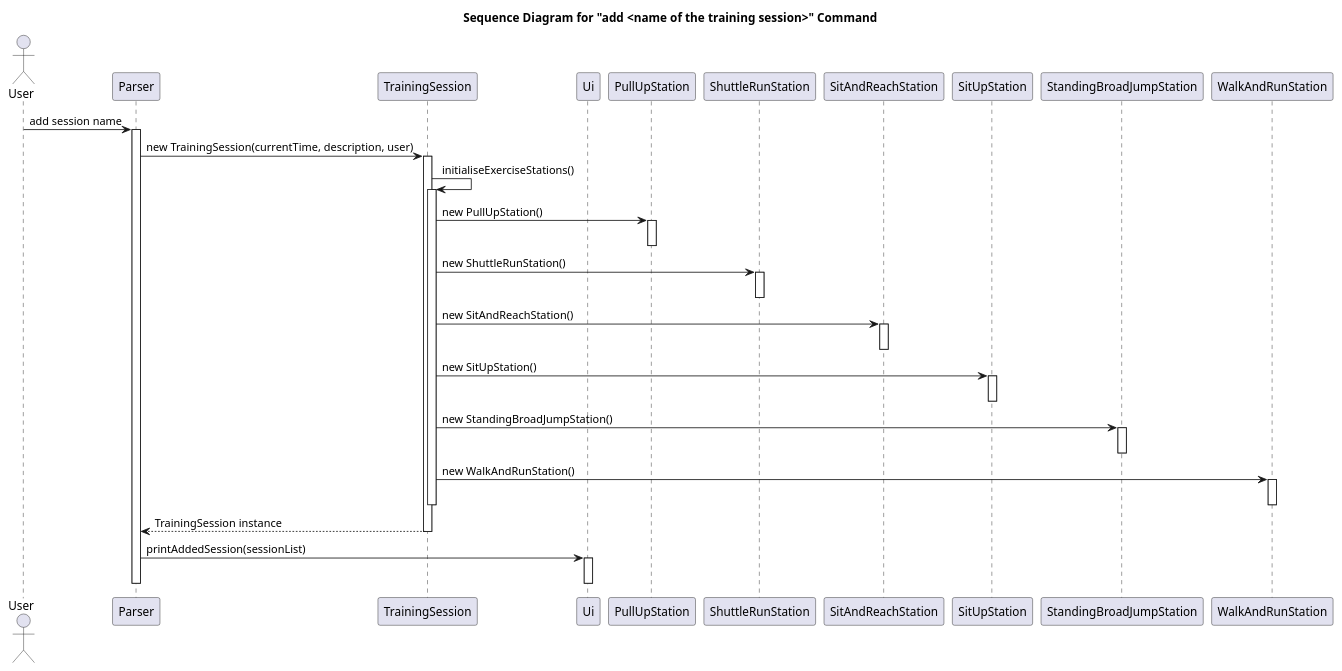
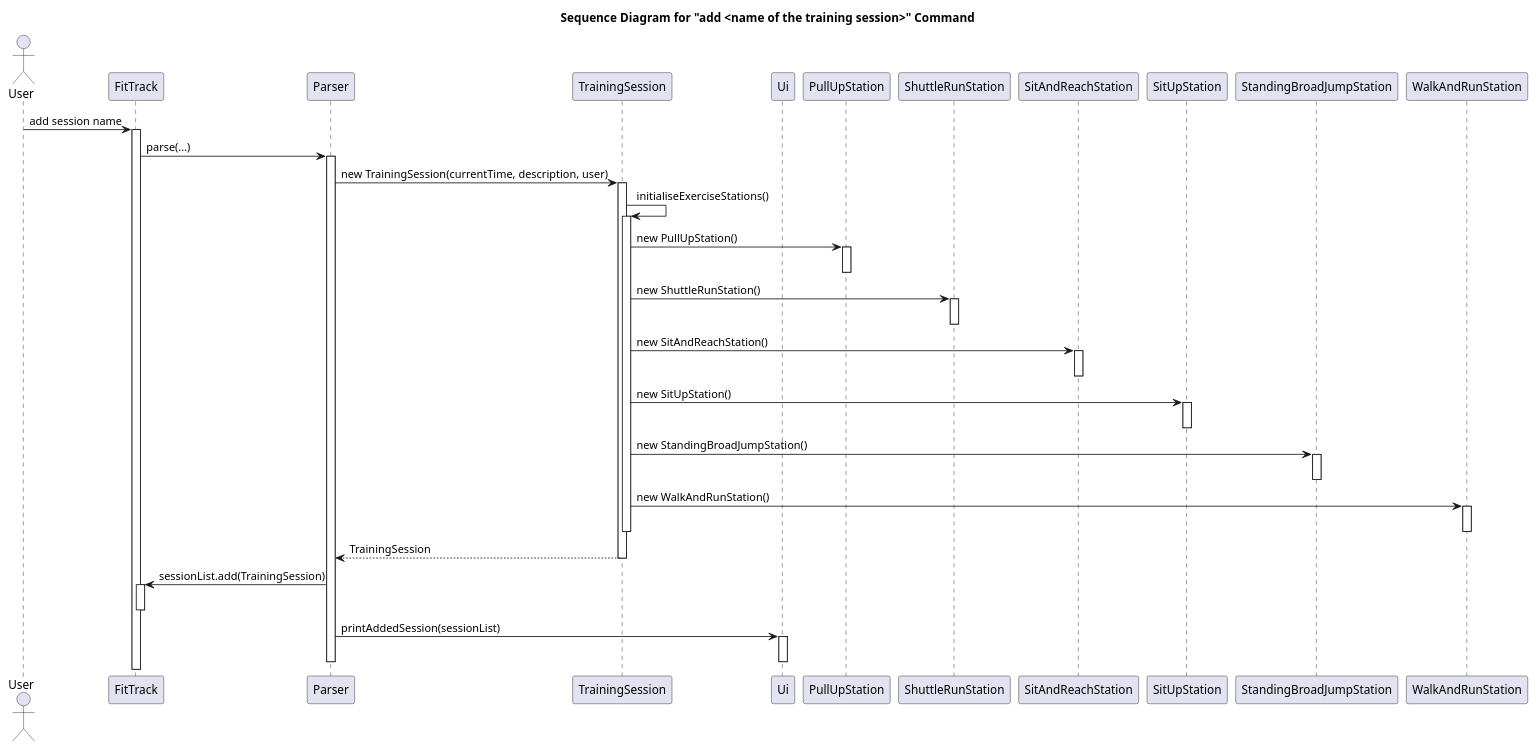
One commit to nus-cs2113-AY2425S1/tp changed the diagram in docs/Diagrams/Sequence_addTrainingSession.puml. Above: the diagram before and after it, drawn with PlantUML. The commit also changed 1 other file, not shown here.

Commit message:
docs: enhance sequence diagram to include FitTrack interaction

```diff
--- a/docs/Diagrams/Sequence_addTrainingSession.puml
+++ b/docs/Diagrams/Sequence_addTrainingSession.puml
@@ -1,59 +1,67 @@
 @startuml
 title Sequence Diagram for "add <name of the training session>" Command
 
 actor User
+participant FitTrack
 participant Parser
 participant TrainingSession
 participant Ui
 participant PullUpStation
 participant ShuttleRunStation
 participant SitAndReachStation
 participant SitUpStation
 participant StandingBroadJumpStation
 participant WalkAndRunStation
 
-User -> Parser: add session name
+User -> FitTrack: add session name
+activate FitTrack
+
+FitTrack -> Parser: parse(...)
 activate Parser
 
 Parser -> TrainingSession: new TrainingSession(currentTime, description, user)
 activate TrainingSession
 
 ' Initialize exercise stations
 TrainingSession -> TrainingSession: initialiseExerciseStations()
 activate TrainingSession
 
 TrainingSession -> PullUpStation: new PullUpStation()
 activate PullUpStation
 deactivate PullUpStation
 
 TrainingSession -> ShuttleRunStation: new ShuttleRunStation()
 activate ShuttleRunStation
 deactivate ShuttleRunStation
 
 TrainingSession -> SitAndReachStation: new SitAndReachStation()
 activate SitAndReachStation
 deactivate SitAndReachStation
 
 TrainingSession -> SitUpStation: new SitUpStation()
 activate SitUpStation
 deactivate SitUpStation
 
 TrainingSession -> StandingBroadJumpStation: new StandingBroadJumpStation()
 activate StandingBroadJumpStation
 deactivate StandingBroadJumpStation
 
 TrainingSession -> WalkAndRunStation: new WalkAndRunStation()
 activate WalkAndRunStation
 deactivate WalkAndRunStation
 
 deactivate TrainingSession
 
-return TrainingSession instance
+return TrainingSession
 deactivate TrainingSession
+
+Parser -> FitTrack: sessionList.add(TrainingSession)
+activate FitTrack
+deactivate FitTrack
 
 Parser -> Ui: printAddedSession(sessionList)
 activate Ui
 deactivate Ui
 
 deactivate Parser
 @enduml
```
